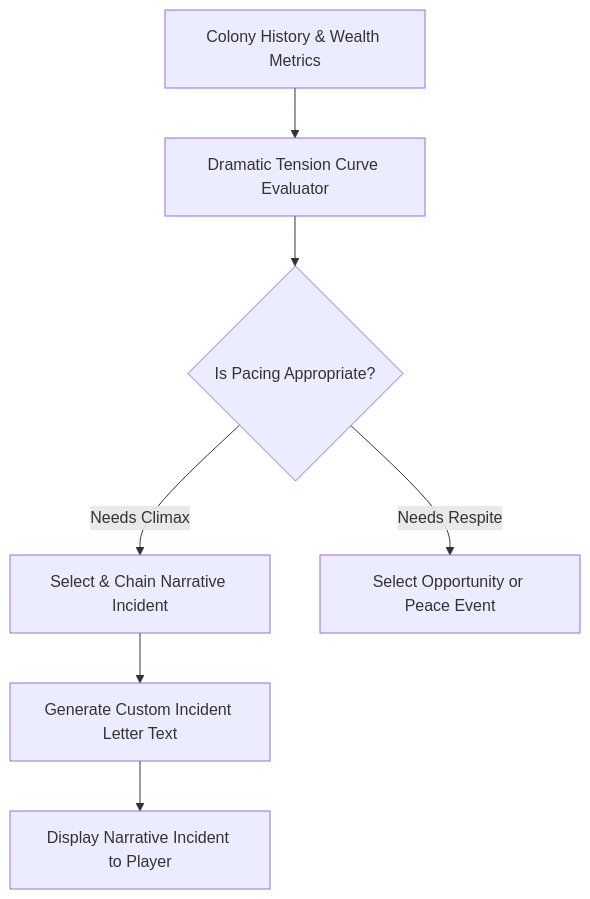
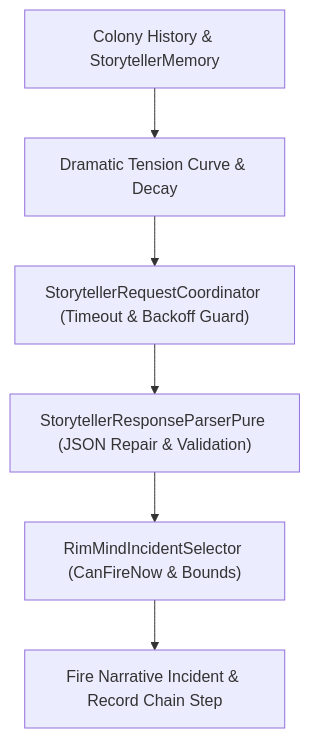
Before and after one commit to RimWorld-RimMind-Mod/RimWorld-RimMind-Mod-Storyteller: the diagram in README.md, drawn with Mermaid. The commit also changed other lines of this file and 10 other files, not shown here.

First line of the commit message:
fix(storyteller): repair truncated fenced JSON, add failure backoff, and sync docs (#19)

````diff
--- a/README.md
+++ b/README.md
@@ -41,9 +42,8 @@
 ```mermaid
 flowchart TD
-    State["Colony History & Wealth Metrics"] --> Tension["Dramatic Tension Curve Evaluator"]
-    Tension --> Pacing{"Is Pacing Appropriate?"}
-    Pacing -- Needs Climax --> IncidentGen["Select & Chain Narrative Incident"]
-    Pacing -- Needs Respite --> Relief["Select Opportunity or Peace Event"]
-    IncidentGen --> Lore["Generate Custom Incident Letter Text"]
-    Lore --> Letter["Display Narrative Incident to Player"]
+    State["Colony History & StorytellerMemory"] --> Tension["Dramatic Tension Curve & Decay"]
+    Tension --> Coord["StorytellerRequestCoordinator (Timeout & Backoff Guard)"]
+    Coord --> Parser["StorytellerResponseParserPure (JSON Repair & Validation)"]
+    Parser --> Selector["RimMindIncidentSelector (CanFireNow & Bounds)"]
+    Selector --> Letter["Fire Narrative Incident & Record Chain Step"]
 ```
````
